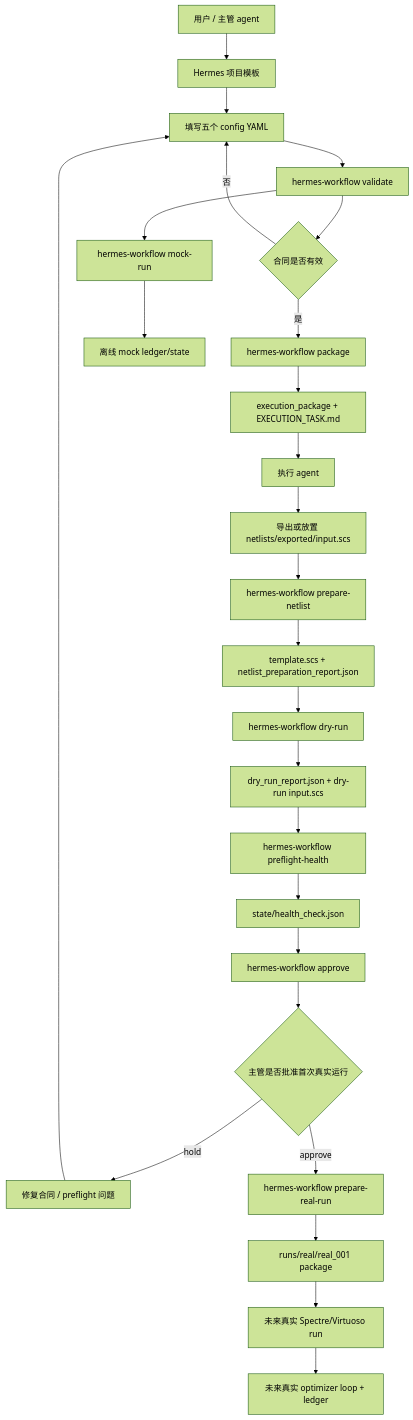
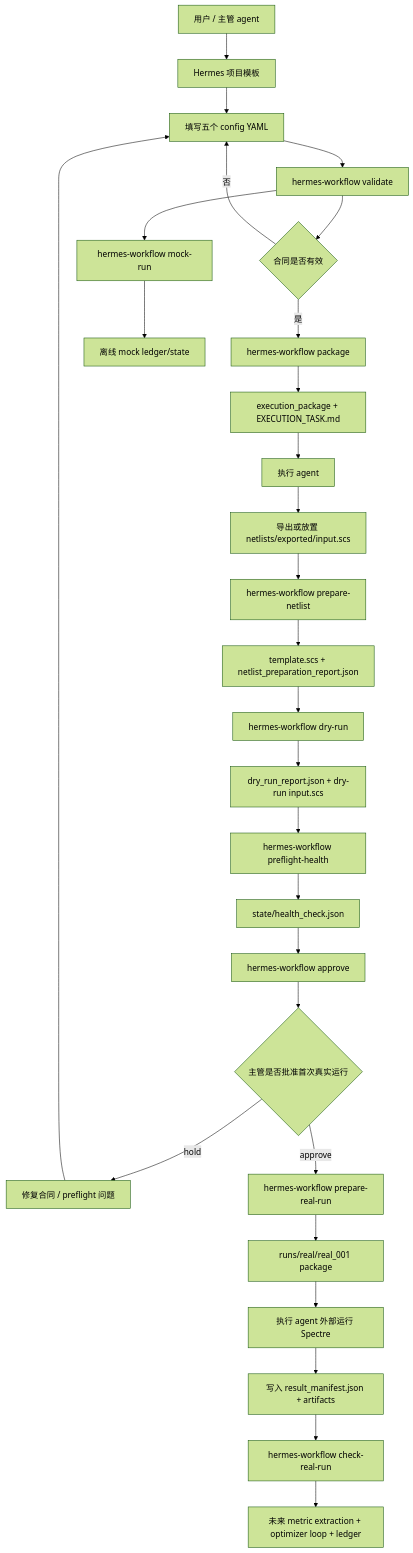
The diagram in docs/PROJECT_WORKFLOW_OVERVIEW.md (HAIDERZz/IC-opt-workflow), drawn with Mermaid (forest theme) before and after one commit. The commit also changed other lines of this file and 5 other files, not shown here.

Commit message:
docs: record real run result handoff progress

````diff
--- a/docs/PROJECT_WORKFLOW_OVERVIEW.md
+++ b/docs/PROJECT_WORKFLOW_OVERVIEW.md
@@ -25,28 +26,30 @@
 ```mermaid
 flowchart TD
     A[用户 / 主管 agent] --> B[Hermes 项目模板]
     B --> C[填写五个 config YAML]
     C --> D[hermes-workflow validate]
     D --> E{合同是否有效}
     E -- 否 --> C
     E -- 是 --> K[hermes-workflow package]
     K --> L[execution_package + EXECUTION_TASK.md]
     L --> M[执行 agent]
     M --> F[导出或放置 netlists/exported/input.scs]
     F --> G[hermes-workflow prepare-netlist]
     G --> H[template.scs + netlist_preparation_report.json]
     H --> I[hermes-workflow dry-run]
     I --> J[dry_run_report.json + dry-run input.scs]
     J --> N[hermes-workflow preflight-health]
     N --> O[state/health_check.json]
     O --> P[hermes-workflow approve]
     P --> Q{主管是否批准首次真实运行}
     Q -- hold --> R[修复合同 / preflight 问题]
     R --> C
     Q -- approve --> W[hermes-workflow prepare-real-run]
     W --> X[runs/real/real_001 package]
-    X --> S[未来真实 Spectre/Virtuoso run]
-    S --> T[未来真实 optimizer loop + ledger]
+    X --> S[执行 agent 外部运行 Spectre]
+    S --> Y[写入 result_manifest.json + artifacts]
+    Y --> Z[hermes-workflow check-real-run]
+    Z --> T[未来 metric extraction + optimizer loop + ledger]
     D --> U[hermes-workflow mock-run]
     U --> V[离线 mock ledger/state]
 ```
````
